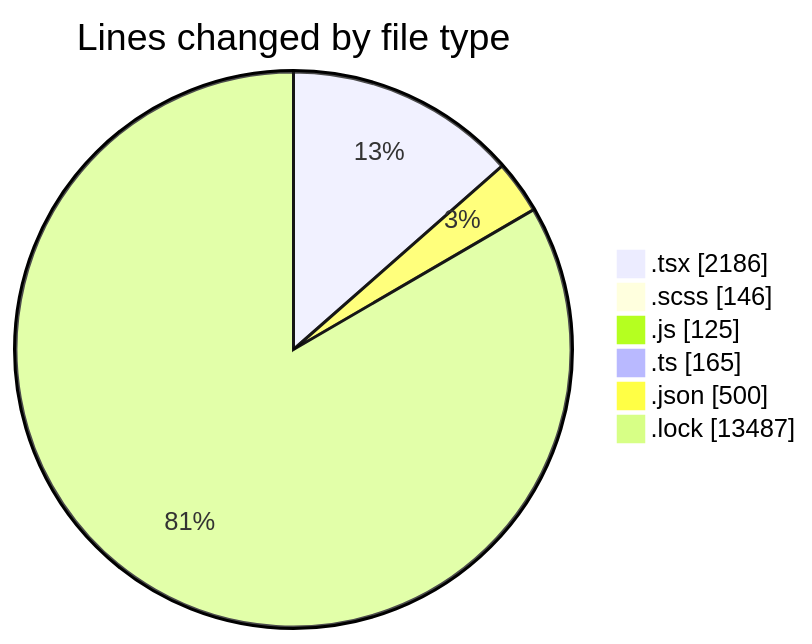
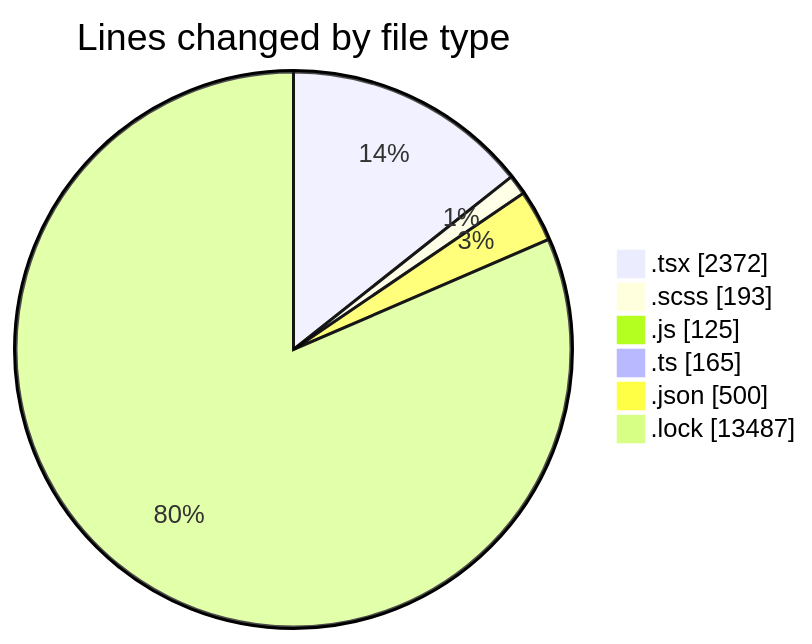
One commit to momahboobian/code-tracking changed the first of 2 diagrams in 2026-04-24/cda/README.md. Above: the diagram before and after it, drawn with Mermaid. The commit also changed other lines of this file and 1 other file, not shown here.

````diff
--- a/2026-04-24/cda/README.md
+++ b/2026-04-24/cda/README.md
@@ -39,10 +40,10 @@
 ```mermaid
 pie showData
 title Lines changed by file type
-".tsx" : 2186
-".scss" : 146
+".tsx" : 2372
+".scss" : 193
 ".js" : 125
 ".ts" : 165
 ".json" : 500
 ".lock" : 13487
 ```
````
